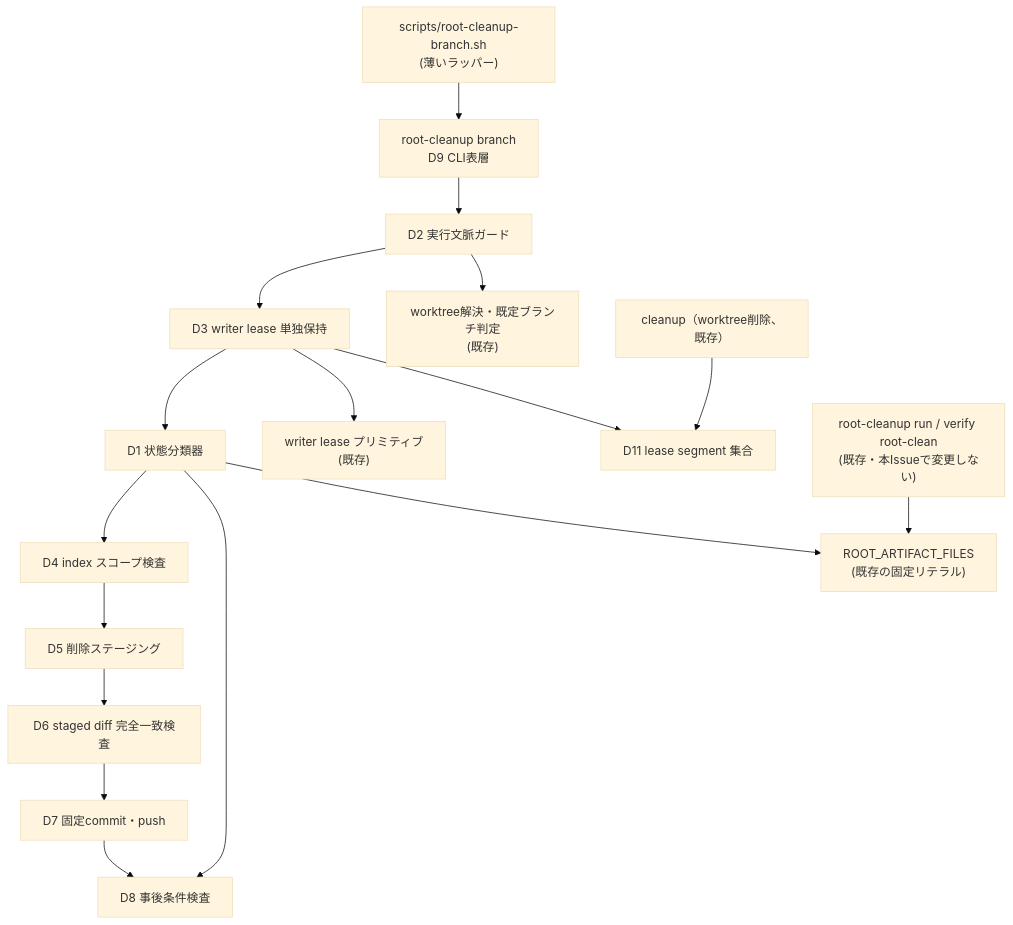
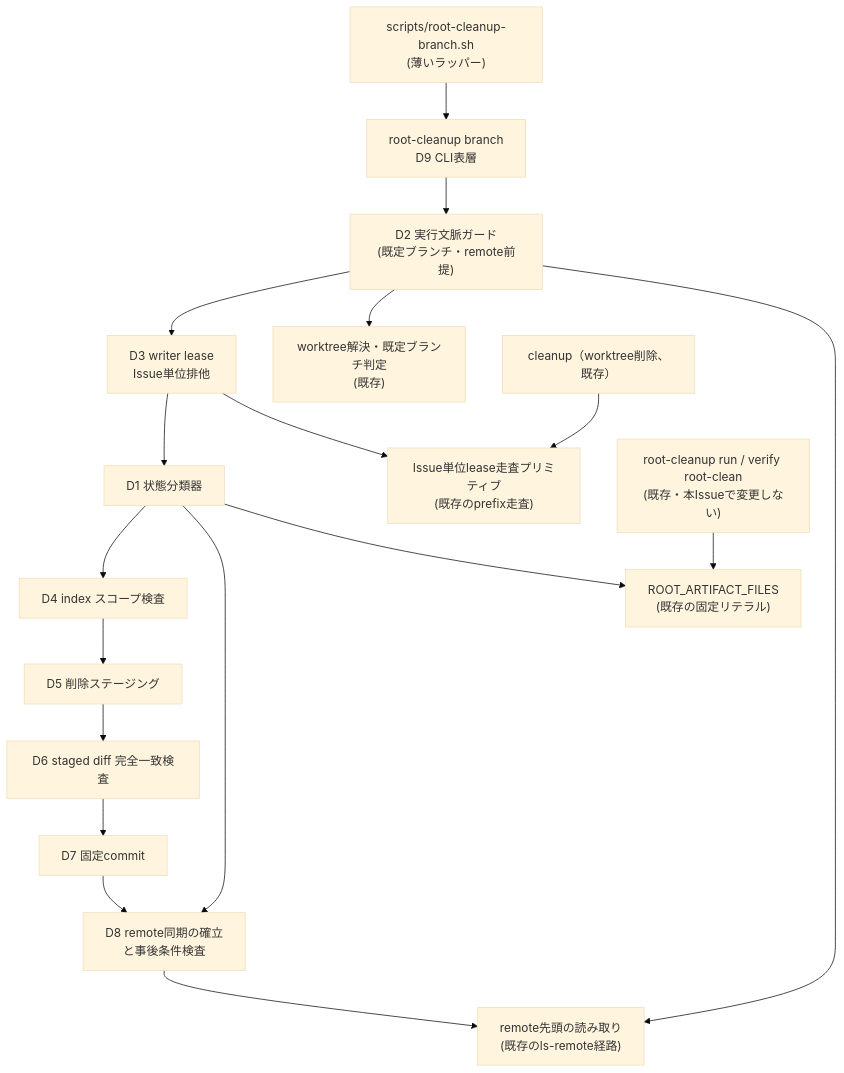
The first of 2 diagrams in DESIGN.md (techbeansjp-free/AGENTS.md), drawn with Mermaid (base theme) before and after one commit. The commit also changed other lines of this file and 2 other files, not shown here.

````diff
--- a/DESIGN.md
+++ b/DESIGN.md
@@ -79,19 +98,20 @@
 ```mermaid
 graph TD
     Wrapper["scripts/root-cleanup-branch.sh<br/>(薄いラッパー)"] --> CLI["root-cleanup branch<br/>D9 CLI表層"]
-    CLI --> Guard["D2 実行文脈ガード"]
-    Guard --> Lease["D3 writer lease 単独保持"]
+    CLI --> Guard["D2 実行文脈ガード<br/>(既定ブランチ・remote前提)"]
+    Guard --> Lease["D3 writer lease<br/>Issue単位排他"]
     Lease --> Classify["D1 状態分類器"]
     Classify --> Scope["D4 index スコープ検査"]
     Scope --> Stage["D5 削除ステージング"]
     Stage --> Verify["D6 staged diff 完全一致検査"]
-    Verify --> Commit["D7 固定commit・push"]
-    Commit --> Post["D8 事後条件検査"]
-    Classify --> Post
+    Verify --> Commit["D7 固定commit"]
+    Commit --> Sync["D8 remote同期の確立<br/>と事後条件検査"]
+    Classify --> Sync
     Guard --> Worktree["worktree解決・既定ブランチ判定<br/>(既存)"]
-    Lease --> LeaseRef["writer lease プリミティブ<br/>(既存)"]
-    Lease --> Segments["D11 lease segment 集合"]
+    Guard --> Remote["remote先頭の読み取り<br/>(既存のls-remote経路)"]
+    Sync --> Remote
+    Lease --> LeasePrim["Issue単位lease走査プリミティブ<br/>(既存のprefix走査)"]
     Classify --> Files["ROOT_ARTIFACT_FILES<br/>(既存の固定リテラル)"]
-    Cleanup["cleanup（worktree削除、既存）"] --> Segments
+    Cleanup["cleanup（worktree削除、既存）"] --> LeasePrim
     Existing["root-cleanup run / verify root-clean<br/>(既存・本Issueで変更しない)"] --> Files
 ```
````
